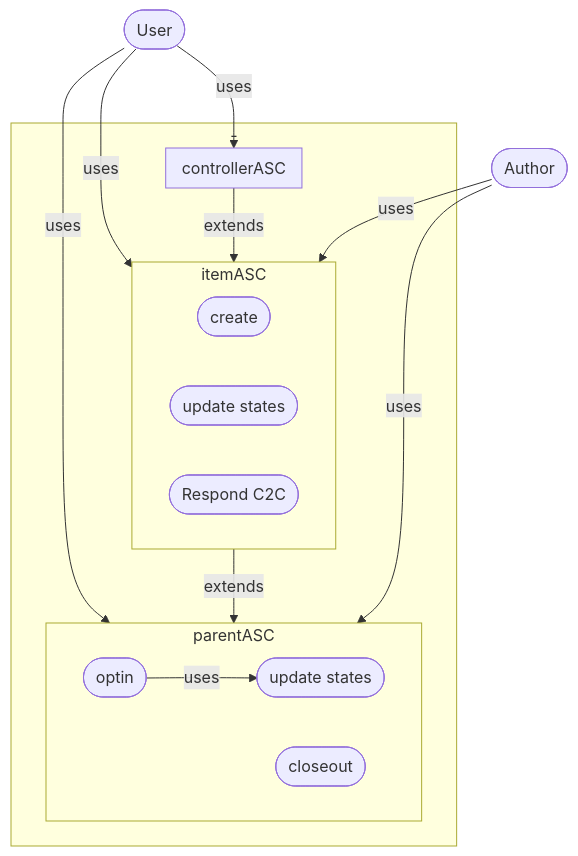
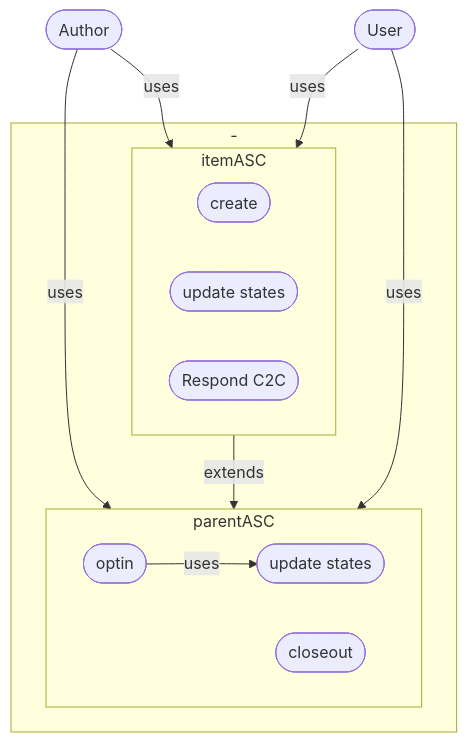
The tenth of 10 diagrams in profile/README.md (GoPlausible/.github), drawn with Mermaid before and after one commit.

````diff
--- a/profile/README.md
+++ b/profile/README.md
@@ -352,31 +352,27 @@
 ```mermaid
   flowchart TB
     id1([Author]) --uses--> parentASC
     id1([Author]) --uses--> itemASC
     id2([User]) --uses--> itemASC 
     id2([User]) --uses--> parentASC 
-    id2([User]) --uses--> controllerASC 
 
     subgraph -
 
       subgraph parentASC
       id6([optin])--uses-->id7([update states]) 
       
       id9([closeout])
       end
       subgraph itemASC
       id8([create]) 
       id9([optin]) 
       id10([update states])
       id13([Respond C2C])
       id9([closeout]) 
       end
-      subgraph controllerASC
-      id13([Respond C2C])
-      end
     end 
    
-    controllerASC --extends--> itemASC
+
     itemASC --extends--> parentASC
 
 ```
````
